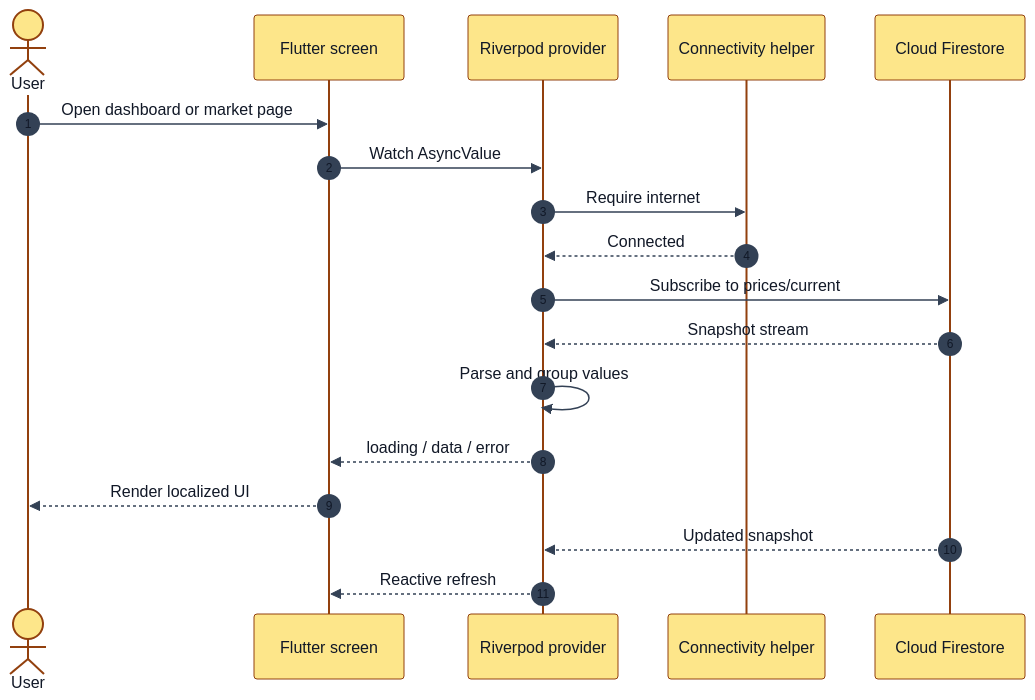
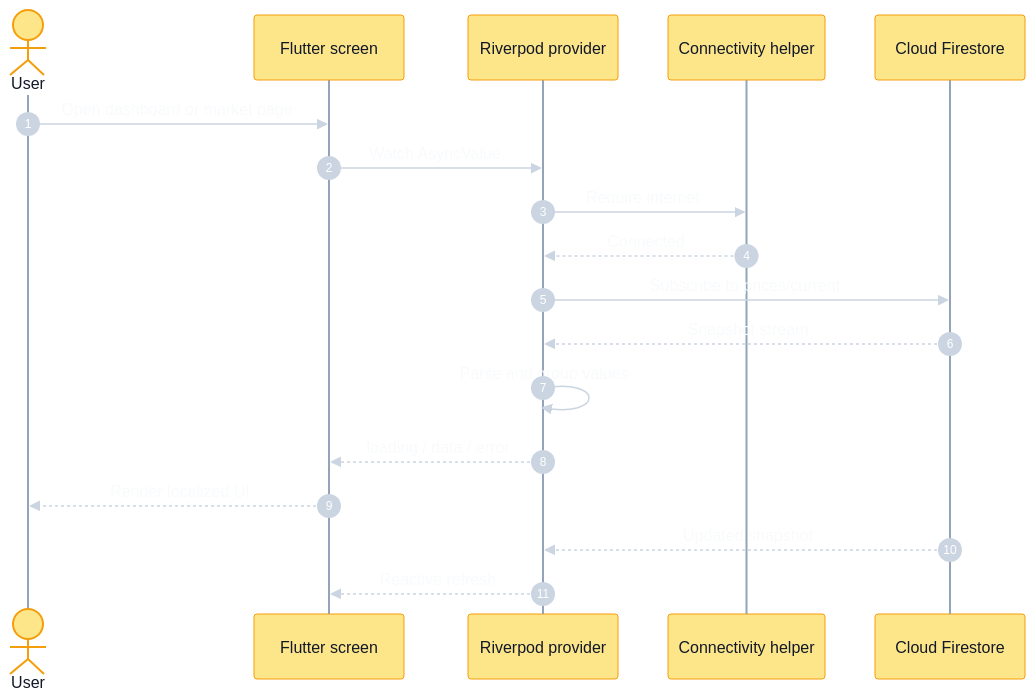
Before and after one commit to Rihabz1/Swarnakar: the second of 8 diagrams in README.md, drawn with Mermaid.

```diff
--- a/README.md
+++ b/README.md
@@ -159,22 +159,22 @@
 ~~~mermaid
-%%{init: {"theme":"base","themeCSS":"svg { background-color: #FFFFFF !important; } .messageText, .loopText, .labelText, .sequenceNumber { fill: #111827 !important; } .messageLine0, .messageLine1, .actor-line { stroke: #334155 !important; }","themeVariables":{"darkMode":false,"background":"#FFFFFF","fontSize":"18px","fontFamily":"Arial","textColor":"#111827","primaryColor":"#DBEAFE","primaryTextColor":"#111827","primaryBorderColor":"#1D4ED8","secondaryTextColor":"#111827","tertiaryTextColor":"#111827","lineColor":"#334155","actorBkg":"#FDE68A","actorBorder":"#92400E","actorTextColor":"#111827","signalColor":"#334155","signalTextColor":"#111827","labelBoxBkgColor":"#DCFCE7","labelBoxBorderColor":"#15803D","labelTextColor":"#111827","loopTextColor":"#111827","noteBkgColor":"#FEF3C7","noteBorderColor":"#B45309","noteTextColor":"#111827","sequenceNumberColor":"#111827","titleColor":"#111827"}}}%%
+%%{init: {"theme":"base","themeVariables":{"darkMode":true,"background":"#0D1117","fontSize":"18px","fontFamily":"Arial","textColor":"#F8FAFC","primaryColor":"#DBEAFE","primaryTextColor":"#111827","primaryBorderColor":"#60A5FA","secondaryTextColor":"#F8FAFC","tertiaryTextColor":"#F8FAFC","lineColor":"#CBD5E1","actorBkg":"#FDE68A","actorBorder":"#F59E0B","actorTextColor":"#111827","actorLineColor":"#94A3B8","signalColor":"#CBD5E1","signalTextColor":"#F8FAFC","labelBoxBkgColor":"#DCFCE7","labelBoxBorderColor":"#22C55E","labelTextColor":"#111827","loopTextColor":"#F8FAFC","noteBkgColor":"#FEF3C7","noteBorderColor":"#F59E0B","noteTextColor":"#111827","activationBkgColor":"#DBEAFE","activationBorderColor":"#60A5FA","sequenceNumberColor":"#FFFFFF","titleColor":"#F8FAFC"}}}%%
 sequenceDiagram
     autonumber
     actor User
     participant Screen as Flutter screen
     participant Provider as Riverpod provider
     participant Network as Connectivity helper
     participant DB as Cloud Firestore
 
     User->>Screen: Open dashboard or market page
     Screen->>Provider: Watch AsyncValue
     Provider->>Network: Require internet
     Network-->>Provider: Connected
     Provider->>DB: Subscribe to prices/current
     DB-->>Provider: Snapshot stream
     Provider->>Provider: Parse and group values
     Provider-->>Screen: loading / data / error
     Screen-->>User: Render localized UI
     DB-->>Provider: Updated snapshot
     Provider-->>Screen: Reactive refresh
 ~~~
```
